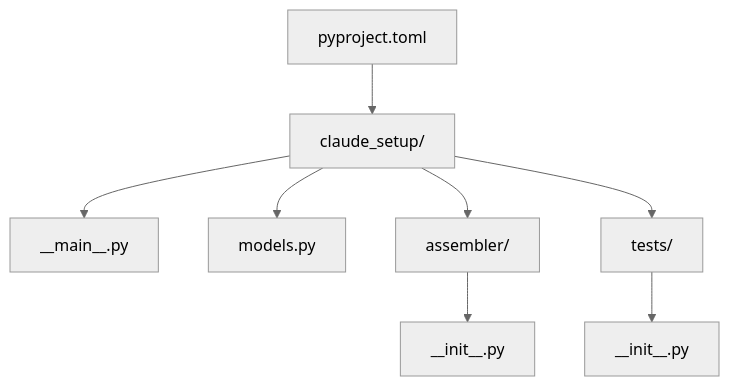
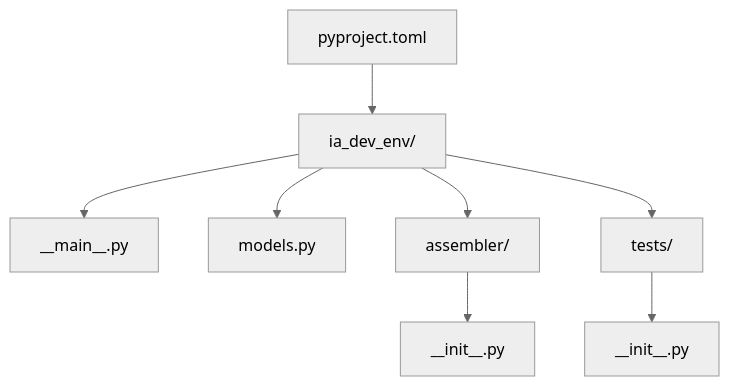
Before and after one commit to edercnj/ia-dev-environment: the diagram in docs/stories/claude-setup-python/STORY_STORY-001_Scaffolding-Models.md, drawn with Mermaid (neutral theme). The commit also changed other lines of this file and 196 other files, not shown here.

First line of the commit message:
refactor: rename internal Python package from claude_setup to ia_dev_env

````diff
--- a/docs/stories/claude-setup-python/STORY_STORY-001_Scaffolding-Models.md
+++ b/docs/stories/claude-setup-python/STORY_STORY-001_Scaffolding-Models.md
@@ -88,10 +88,10 @@
 ```mermaid
 graph TD
-    A["claude_setup/"] --> B["__main__.py"]
+    A["ia_dev_env/"] --> B["__main__.py"]
     A --> C["models.py"]
     A --> D["assembler/"]
     A --> E["tests/"]
     D --> F["__init__.py"]
     E --> G["__init__.py"]
     H["pyproject.toml"] --> A
 ```
````
